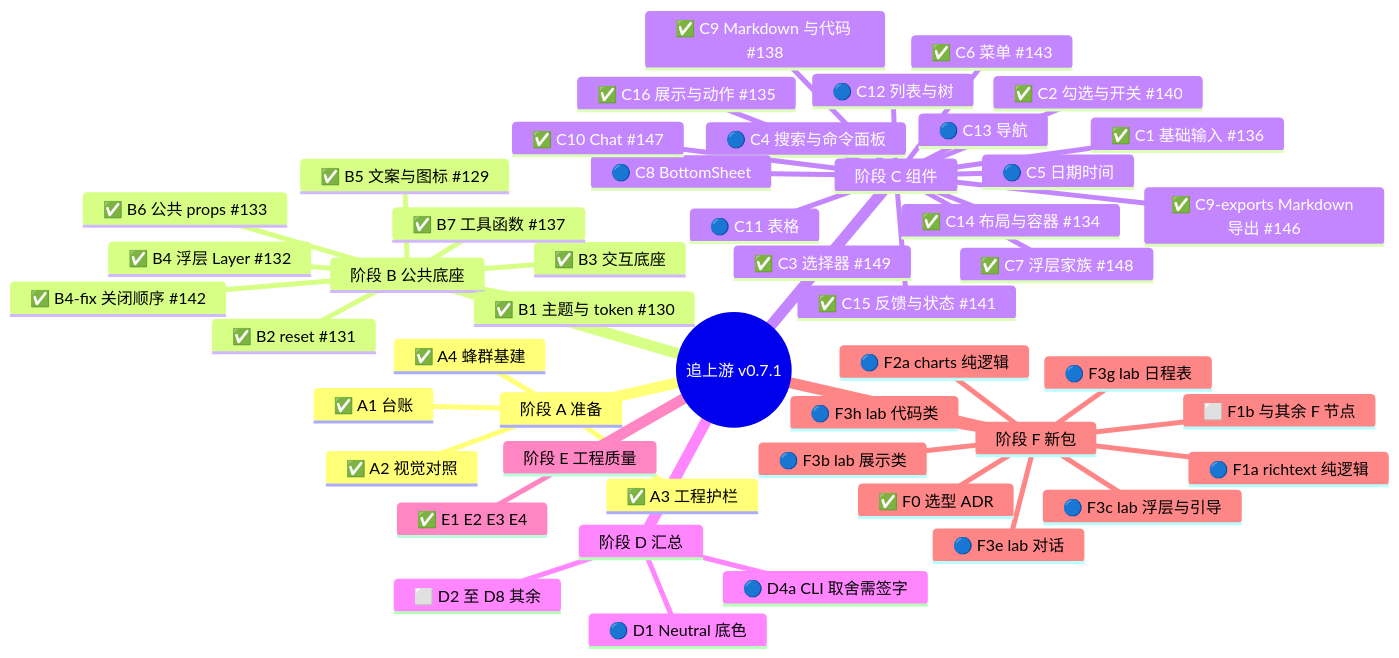
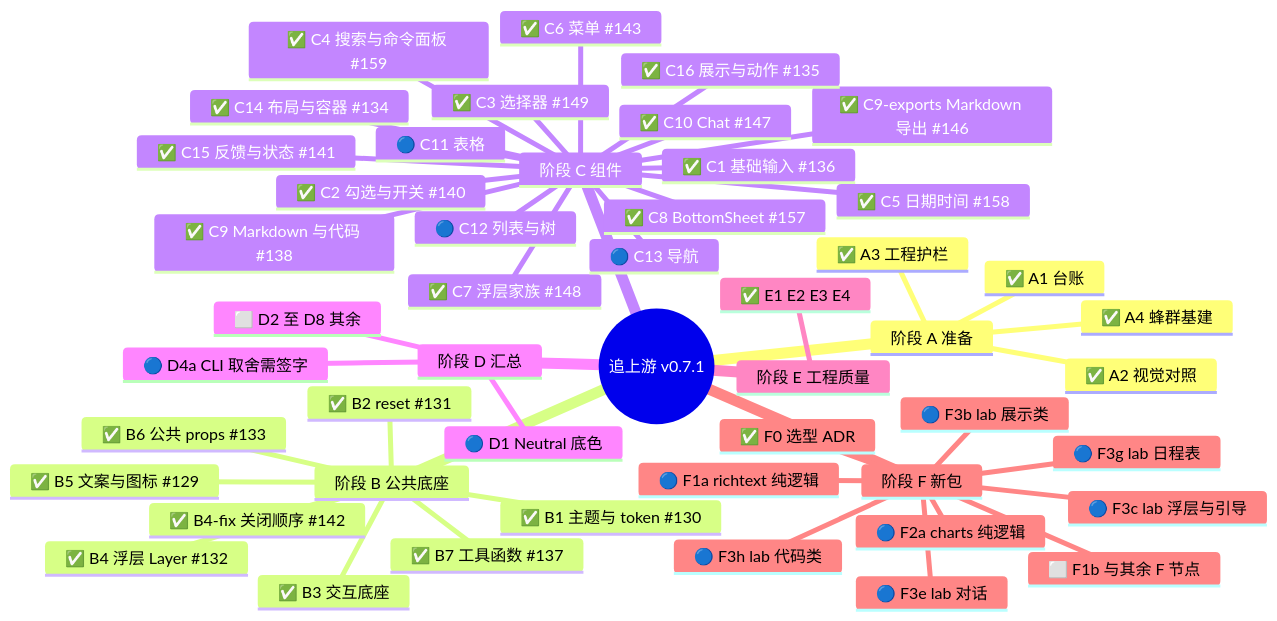
Before and after one commit to astryx-vue/astryx-vue: the diagram in .agents-work/upstream-sync-0.7.1/PR128-BODY.md, drawn with Mermaid. The commit also changed other lines of this file and 2 other files, not shown here.

````diff
--- a/.agents-work/upstream-sync-0.7.1/PR128-BODY.md
+++ b/.agents-work/upstream-sync-0.7.1/PR128-BODY.md
@@ -19,52 +19,52 @@
 ```mermaid
 mindmap
   root((追上游 v0.7.1))
     阶段 A 准备
       ✅ A1 台账
       ✅ A2 视觉对照
       ✅ A3 工程护栏
       ✅ A4 蜂群基建
     阶段 B 公共底座
       ✅ B1 主题与 token #130
       ✅ B2 reset #131
       ✅ B3 交互底座
       ✅ B4 浮层 Layer #132
       ✅ B4-fix 关闭顺序 #142
       ✅ B5 文案与图标 #129
       ✅ B6 公共 props #133
       ✅ B7 工具函数 #137
     阶段 C 组件
       ✅ C1 基础输入 #136
       ✅ C2 勾选与开关 #140
       ✅ C3 选择器 #149
-      🔵 C4 搜索与命令面板
-      🔵 C5 日期时间
+      ✅ C4 搜索与命令面板 #159
+      ✅ C5 日期时间 #158
       ✅ C6 菜单 #143
       ✅ C7 浮层家族 #148
-      🔵 C8 BottomSheet
+      ✅ C8 BottomSheet #157
       ✅ C9 Markdown 与代码 #138
       ✅ C9-exports Markdown 导出 #146
       ✅ C10 Chat #147
       🔵 C11 表格
       🔵 C12 列表与树
       🔵 C13 导航
       ✅ C14 布局与容器 #134
       ✅ C15 反馈与状态 #141
       ✅ C16 展示与动作 #135
     阶段 D 汇总
       🔵 D1 Neutral 底色
       🔵 D4a CLI 取舍需签字
       ⬜ D2 至 D8 其余
     阶段 E 工程质量
       ✅ E1 E2 E3 E4
     阶段 F 新包
       ✅ F0 选型 ADR
       🔵 F1a richtext 纯逻辑
       🔵 F2a charts 纯逻辑
       🔵 F3b lab 展示类
       🔵 F3c lab 浮层与引导
       🔵 F3e lab 对话
       🔵 F3g lab 日程表
       🔵 F3h lab 代码类
       ⬜ F1b 与其余 F 节点
 ```
````
